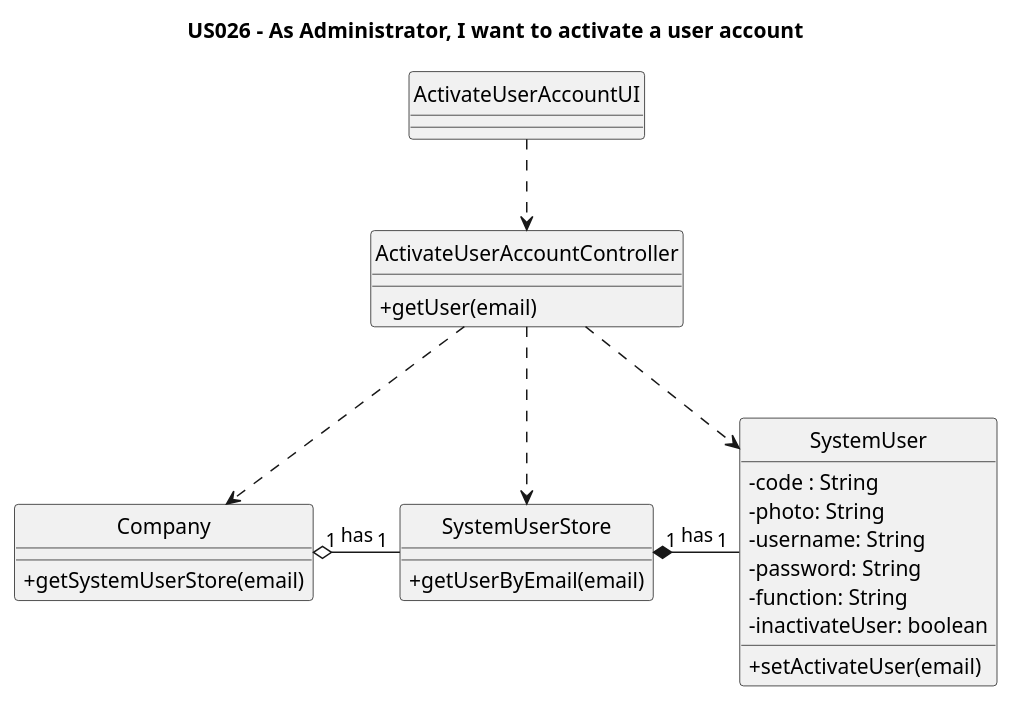
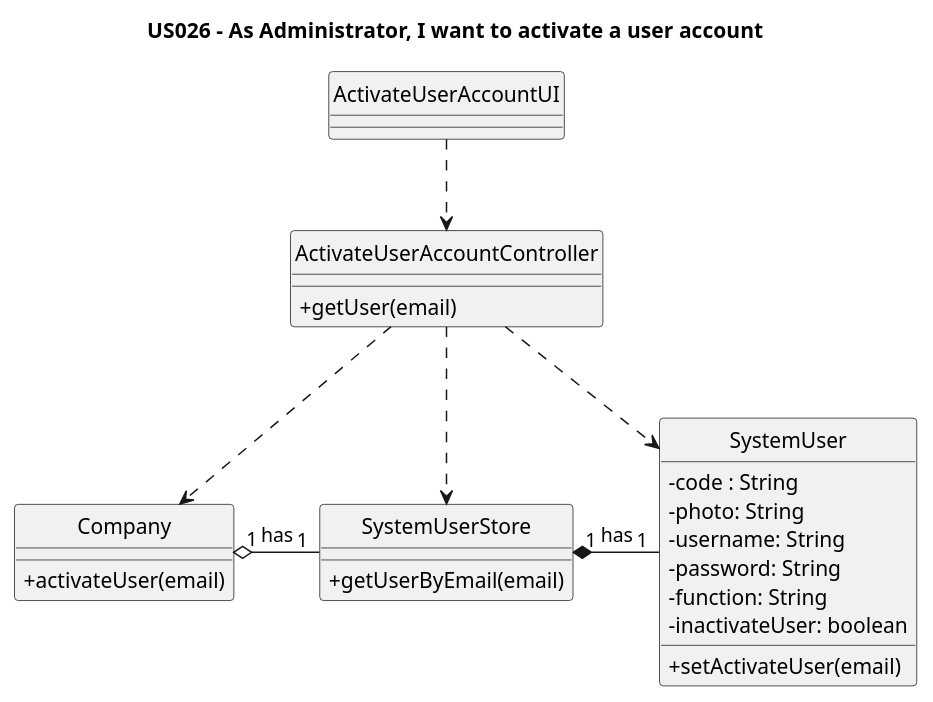
The diagram in docs/Sprint3/US026/US026-CD.puml (nunogon1211787/projectManagement), drawn with PlantUML before and after one commit. The commit also changed 5 other files, not shown here.

```diff
--- a/docs/Sprint3/US026/US026-CD.puml
+++ b/docs/Sprint3/US026/US026-CD.puml
@@ -1,44 +1,44 @@
 @startuml
 'https://plantuml.com/class-diagram
 
 hide circle
 skinparam classAttributeIconSize 0
 
 title US026 - As Administrator, I want to activate a user account
 
 class ActivateUserAccountUI {
 
 }
 
 class ActivateUserAccountController {
     +getUser(email)
 }
 
 class Company {
-    +getSystemUserStore(email)
+    +activateUser(email)
 }
 
 class SystemUserStore {
 +getUserByEmail(email)
 }
 
 class SystemUser {
 -code : String
 -photo: String
 -username: String
 -password: String
 -function: String
 -inactivateUser: boolean
 
 +setActivateUser(email)
 }
 
 ActivateUserAccountUI ..> ActivateUserAccountController
 ActivateUserAccountController ..> Company
 ActivateUserAccountController ..> SystemUserStore
 ActivateUserAccountController ..> SystemUser
 
 Company "1" o- "1" SystemUserStore: has
 SystemUserStore "1" *- "1" SystemUser: has
 
 @enduml
```
